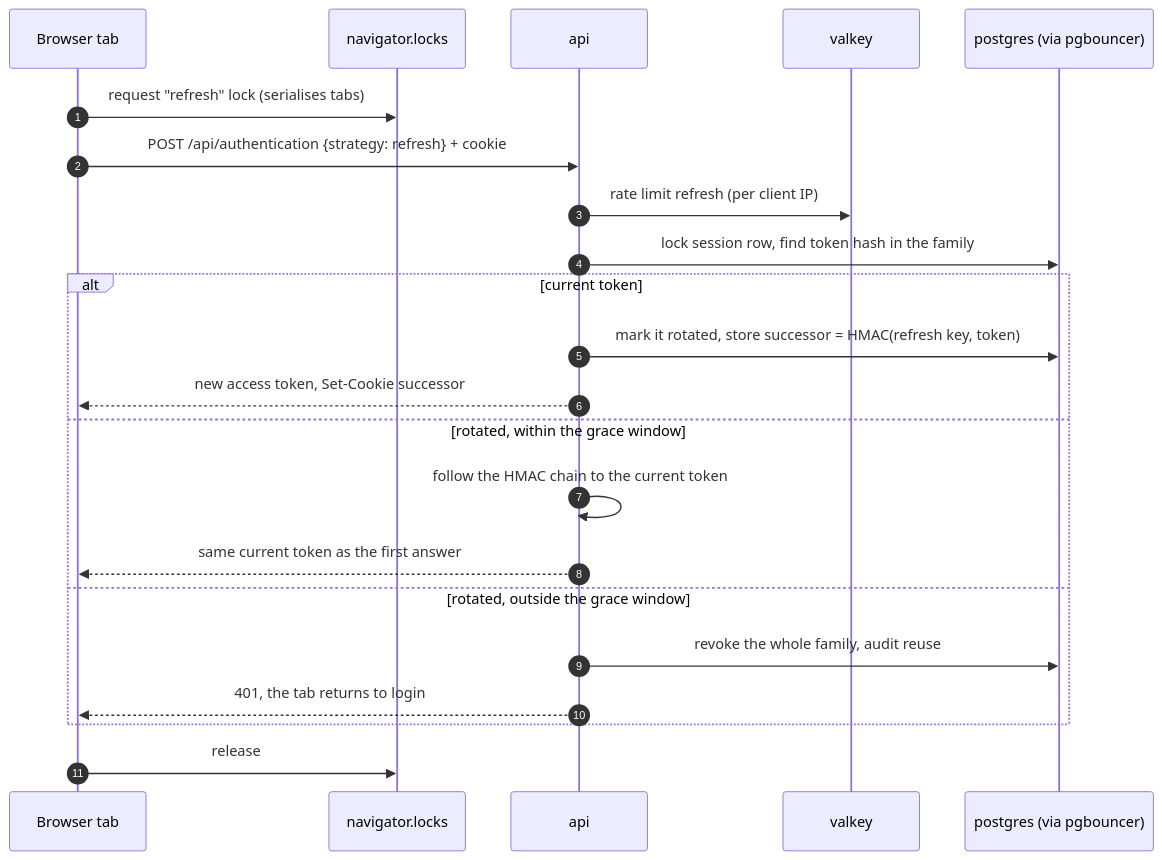
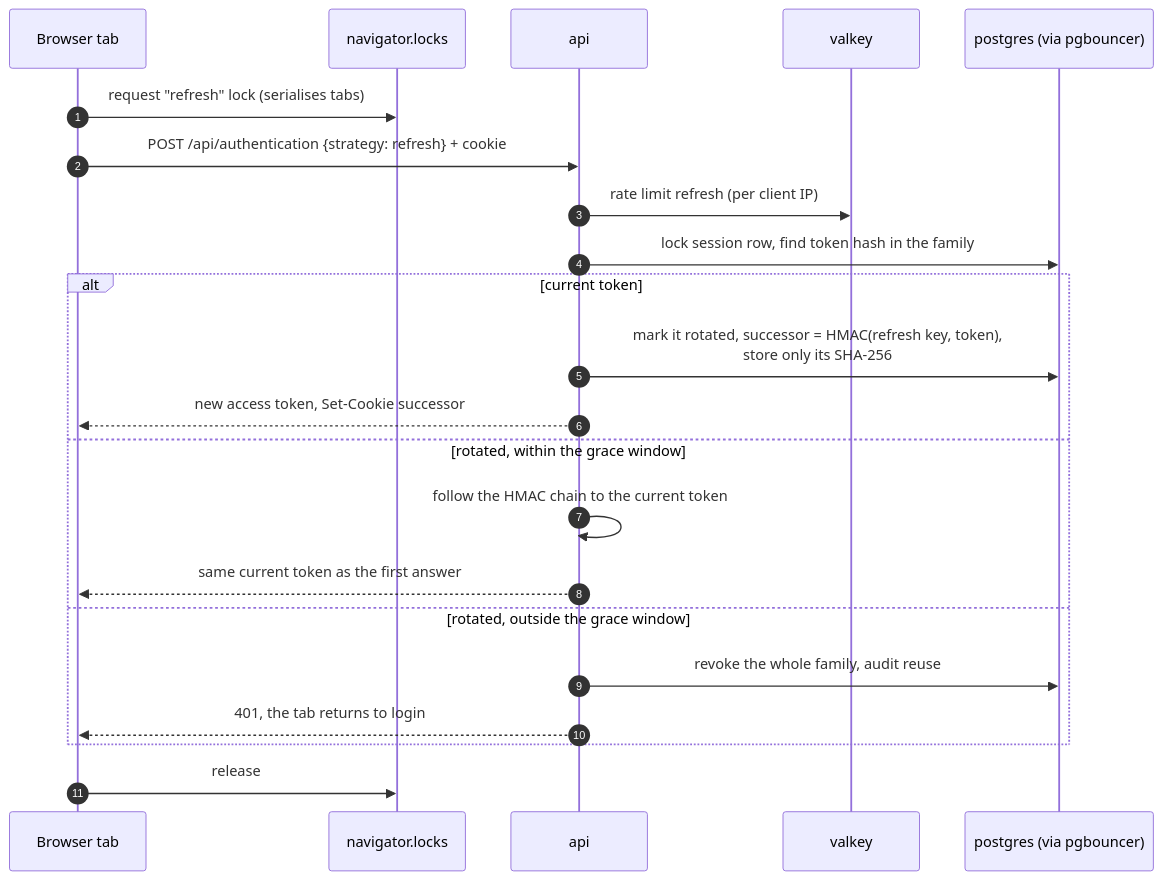
One commit to rabalyn/feathers-skeleton-stack changed the third of 4 diagrams in docs/adr_v2/diagrams/authentication.md. Above: the diagram before and after it, drawn with Mermaid. The commit also changed other lines of this file and 9 other files, not shown here.

First line of the commit message:
docs(diagrams): match the pages to the ADRs and the code

````diff
--- a/docs/adr_v2/diagrams/authentication.md
+++ b/docs/adr_v2/diagrams/authentication.md
@@ -81,25 +81,25 @@
 ```mermaid
 sequenceDiagram
   autonumber
   participant tab as Browser tab
   participant lock as navigator.locks
   participant api
   participant vk as valkey
   participant pg as postgres (via pgbouncer)
 
   tab->>lock: request "refresh" lock (serialises tabs)
   tab->>api: POST /api/authentication {strategy: refresh} + cookie
   api->>vk: rate limit refresh (per client IP)
   api->>pg: lock session row, find token hash in the family
   alt current token
-    api->>pg: mark it rotated, store successor = HMAC(refresh key, token)
+    api->>pg: mark it rotated, successor = HMAC(refresh key, token),<br>store only its SHA-256
     api-->>tab: new access token, Set-Cookie successor
   else rotated, within the grace window
     api->>api: follow the HMAC chain to the current token
     api-->>tab: same current token as the first answer
   else rotated, outside the grace window
     api->>pg: revoke the whole family, audit reuse
     api-->>tab: 401, the tab returns to login
   end
   tab->>lock: release
 ```
````
